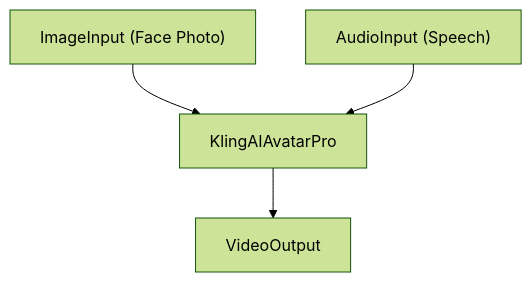
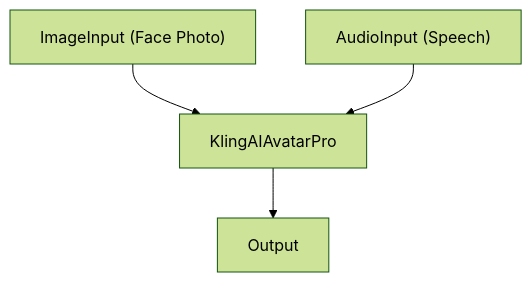
Before and after one commit to nodetool-ai/nodetool: diagram 15 of 17 in docs/cookbook/patterns.md, drawn with Mermaid (forest theme). The commit also changed other lines of this file and 24 other files, not shown here.

```diff
--- a/docs/cookbook/patterns.md
+++ b/docs/cookbook/patterns.md
@@ -510,10 +510,10 @@
 {% mermaid %}
 graph TD
   image_input["ImageInput (Face Photo)"]
   audio_input["AudioInput (Speech)"]
-  video_output["VideoOutput"]
+  output["Output"]
   kling_avatar["KlingAIAvatarPro"]
   image_input --> kling_avatar
   audio_input --> kling_avatar
-  kling_avatar --> video_output
+  kling_avatar --> output
 {% endmermaid %}
```
